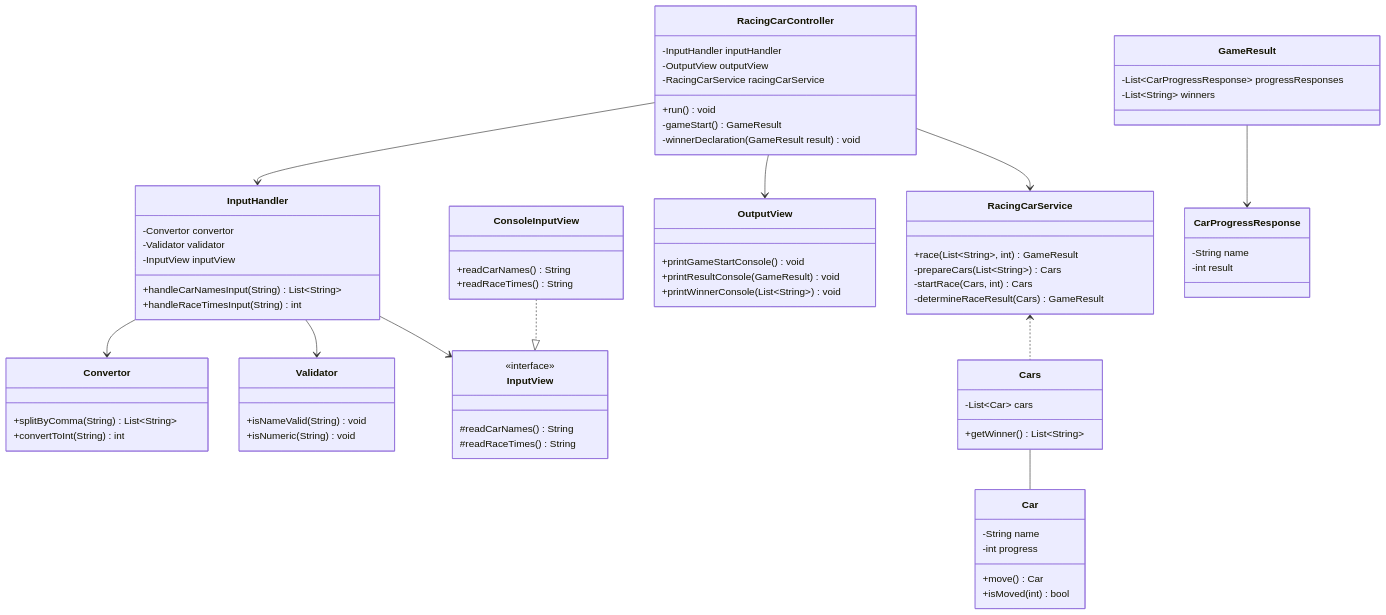
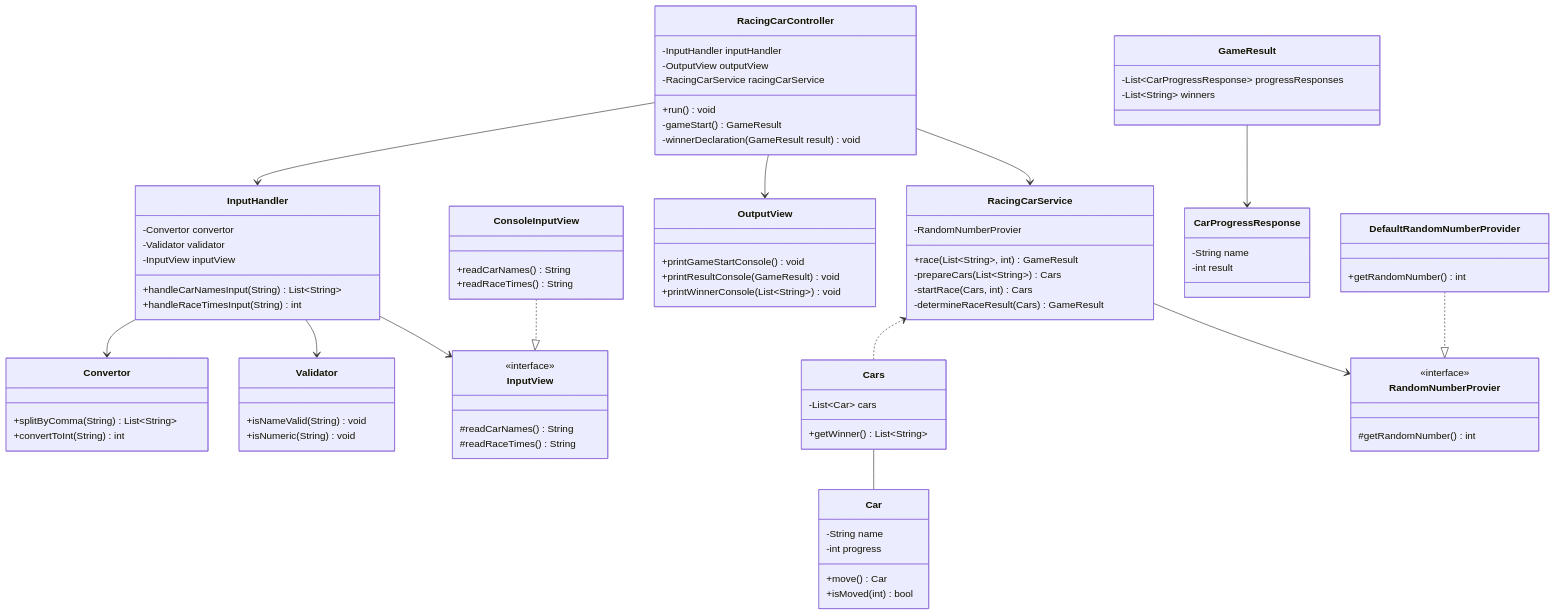
One commit to woowacourse-precourse/java-racingcar-6 changed the second of 2 diagrams in docs/README.md. Above: the diagram before and after it, drawn with Mermaid. The commit also changed other lines of this file and 3 other files, not shown here.

Commit message:
refactor: RacingCarService RandomNumber 설계 변경 Nested static member class -> interface dependency injection  - startRace에서 테스트를 하려면 인터페이스에 의존하게 만들어 모킹이 가능하도록 해야함  - 생성자 주입을 통해 RandomNumberProvider 인터페이스 주입  - docs 클래스 다이어그램 변경

````diff
--- a/docs/README.md
+++ b/docs/README.md
@@ -86,11 +86,22 @@
     }
 
     class RacingCarService {
+        -RandomNumberProvier
         +race(List~String~, int) GameResult
         -prepareCars(List~String~) Cars
         -startRace(Cars, int) Cars
         -determineRaceResult(Cars) GameResult
     }
+
+    class RandomNumberProvier {
+        <<interface>>
+        #getRandomNumber() int
+    }
+
+    class DefaultRandomNumberProvider {
+        +getRandomNumber() int
+    }
+    
 
     RacingCarController --> InputHandler
     RacingCarController --> OutputView
@@ -99,7 +110,9 @@
     InputHandler --> Validator
     InputHandler --> InputView
     RacingCarService <.. Cars
+    RacingCarService --> RandomNumberProvier
     Cars -- Car
     GameResult --> CarProgressResponse
     ConsoleInputView ..|> InputView
+    DefaultRandomNumberProvider ..|> RandomNumberProvier
 ```
````
